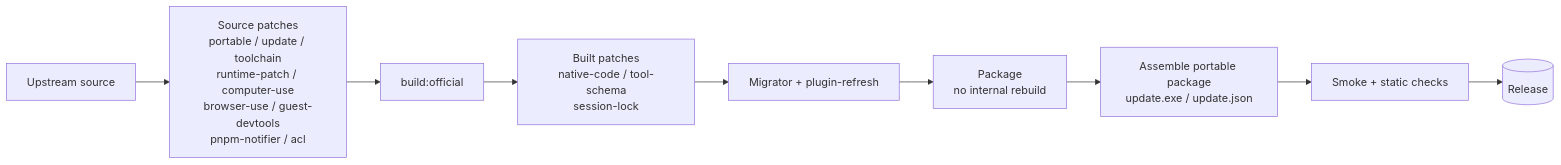
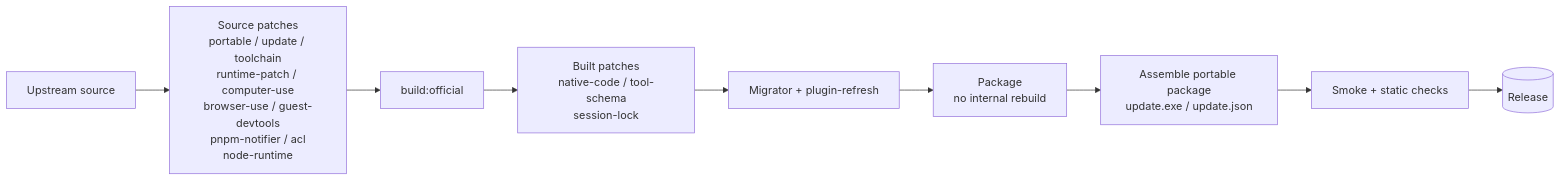
Before and after one commit to citydirector/DSH-build: the diagram in README.md, drawn with Mermaid. The commit also changed other lines of this file and 9 other files, not shown here.

First line of the commit message:
feat(build): Follow upstream engines Node line

````diff
--- a/README.md
+++ b/README.md
@@ -77,11 +78,11 @@
 ```mermaid
 flowchart LR
-  U[Upstream source] --> S[Source patches<br/>portable / update / toolchain<br/>runtime-patch / computer-use<br/>browser-use / guest-devtools<br/>pnpm-notifier / acl]
+  U[Upstream source] --> S[Source patches<br/>portable / update / toolchain<br/>runtime-patch / computer-use<br/>browser-use / guest-devtools<br/>pnpm-notifier / acl<br/>node-runtime]
   S --> B[build:official]
   B --> L[Built patches<br/>native-code / tool-schema<br/>session-lock]
   L --> M[Migrator + plugin-refresh]
   M --> P[Package<br/>no internal rebuild]
   P --> G[Assemble portable package<br/>update.exe / update.json]
   G --> V[Smoke + static checks]
   V --> R[(Release)]
 ```
````
